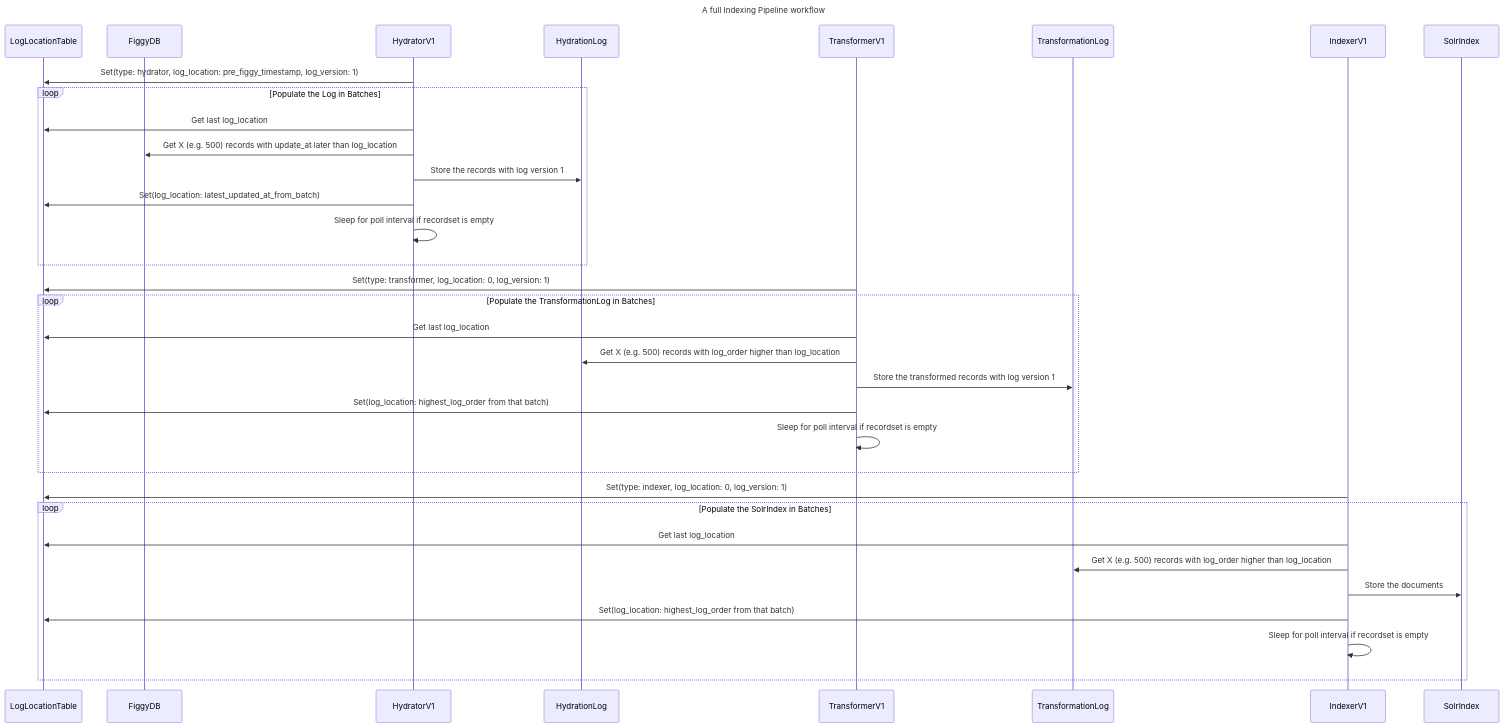
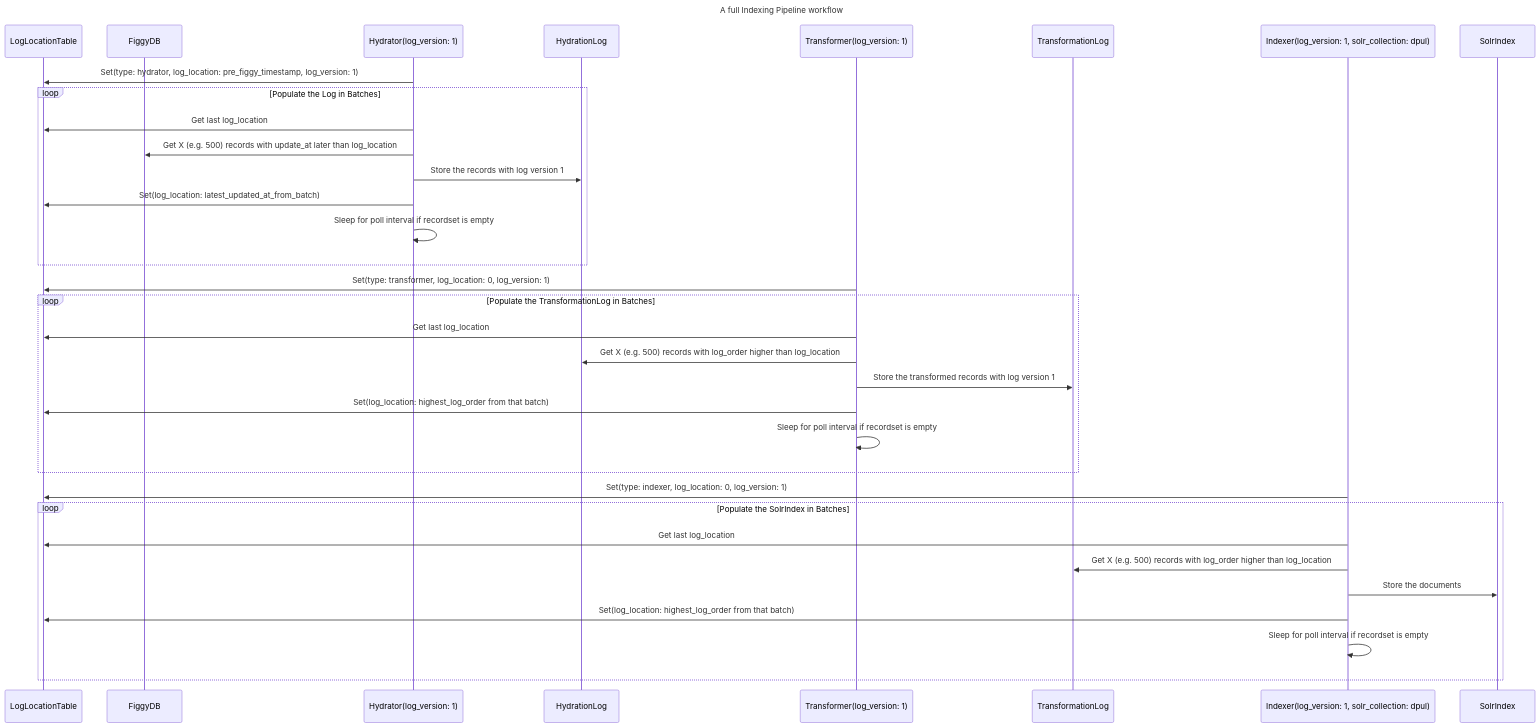
Before and after one commit to pulibrary/dpul-collections: the second of 2 diagrams in architecture-decisions/0002-indexing.md, drawn with Mermaid.

Commit message:
updated the actors to make it clear that log versions come from configuration

````diff
--- a/architecture-decisions/0002-indexing.md
+++ b/architecture-decisions/0002-indexing.md
@@ -84,42 +84,42 @@
 ```mermaid
 ---
 title: A full Indexing Pipeline workflow
 ---
 
 sequenceDiagram
 Participant LogLocationTable
 Participant FiggyDB
-Participant HydratorV1
+Participant HydratorV1 as Hydrator(log_version: 1)
 Participant HydrationLog
-Participant TransformerV1
+Participant TransformerV1 as Transformer(log_version: 1)
 Participant TransformationLog
-Participant IndexerV1
+Participant IndexerV1 as Indexer(log_version: 1, solr_collection: dpul)
 Participant SolrIndex
 
 HydratorV1->>LogLocationTable: Set(type: hydrator, log_location: pre_figgy_timestamp, log_version: 1)
 loop Populate the Log in Batches
 HydratorV1->>LogLocationTable: Get last log_location
 HydratorV1->>FiggyDB: Get X (e.g. 500) records with update_at later than log_location
 HydratorV1->>HydrationLog: Store the records with log version 1
 HydratorV1->>LogLocationTable: Set(log_location: latest_updated_at_from_batch)
 HydratorV1->>HydratorV1: Sleep for poll interval if recordset is empty
 end
 
 TransformerV1->>LogLocationTable: Set(type: transformer, log_location: 0, log_version: 1)
 loop Populate the TransformationLog in Batches
 TransformerV1->>LogLocationTable: Get last log_location
 TransformerV1->>HydrationLog: Get X (e.g. 500) records with log_order higher than log_location
 TransformerV1->>TransformationLog: Store the transformed records with log version 1
 TransformerV1->>LogLocationTable: Set(log_location: highest_log_order from that batch)
 TransformerV1->>TransformerV1: Sleep for poll interval if recordset is empty
 end
 
 IndexerV1->>LogLocationTable: Set(type: indexer, log_location: 0, log_version: 1)
 loop Populate the SolrIndex in Batches
 IndexerV1->>LogLocationTable: Get last log_location
 IndexerV1->>TransformationLog: Get X (e.g. 500) records with log_order higher than log_location
 IndexerV1->>SolrIndex: Store the documents
 IndexerV1->>LogLocationTable: Set(log_location: highest_log_order from that batch)
 IndexerV1->>IndexerV1: Sleep for poll interval if recordset is empty
 end
 ```
````
